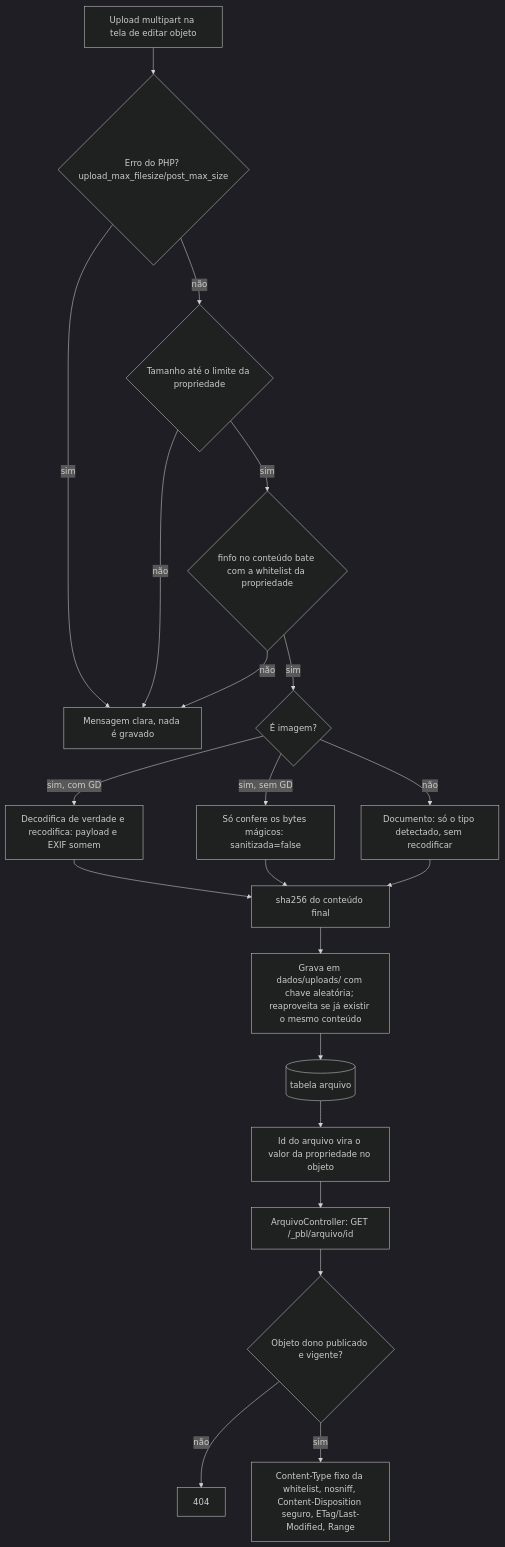
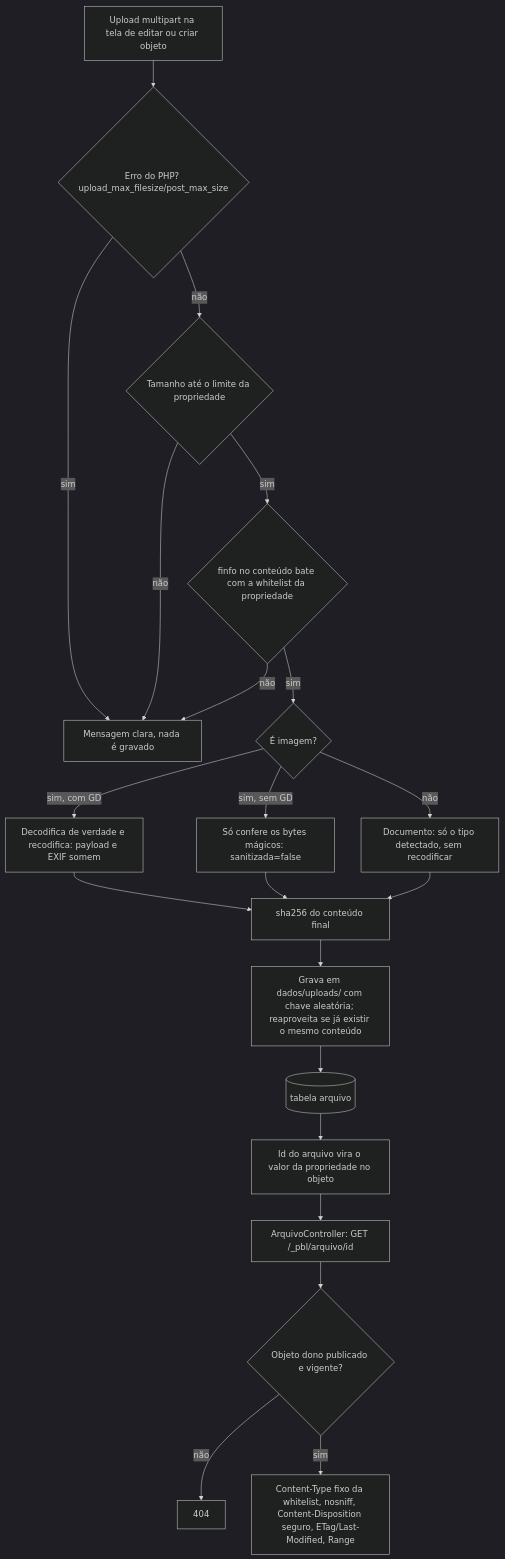
Before and after one commit to publicare/publicare4: the diagram in docs/fluxos/07-upload-blobs.md, drawn with Mermaid (dark theme). The commit also changed other lines of this file and 8 other files, not shown here.

````diff
--- a/docs/fluxos/07-upload-blobs.md
+++ b/docs/fluxos/07-upload-blobs.md
@@ -18,23 +18,23 @@
 ```mermaid
 flowchart TD
-    UP[Upload multipart na tela de editar objeto] --> ERR{Erro do PHP? upload_max_filesize/post_max_size}
+    UP[Upload multipart na tela de editar ou criar objeto] --> ERR{Erro do PHP? upload_max_filesize/post_max_size}
     ERR -- sim --> RJ1[Mensagem clara, nada é gravado]
     ERR -- não --> TAM{Tamanho até o limite da propriedade}
     TAM -- não --> RJ1
     TAM -- sim --> FI{finfo no conteúdo bate com a whitelist da propriedade}
     FI -- não --> RJ1
     FI -- sim --> IMG{É imagem?}
     IMG -- sim, com GD --> GD[Decodifica de verdade e recodifica: payload e EXIF somem]
     IMG -- sim, sem GD --> HDR[Só confere os bytes mágicos: sanitizada=false]
     IMG -- não --> DOC[Documento: só o tipo detectado, sem recodificar]
     GD --> SHA
     HDR --> SHA
     DOC --> SHA[sha256 do conteúdo final]
     SHA --> ST[Grava em dados/uploads/ com chave aleatória; reaproveita se já existir o mesmo conteúdo]
     ST --> DB[(tabela arquivo)]
     DB --> OBJ[Id do arquivo vira o valor da propriedade no objeto]
     OBJ --> SV[ArquivoController: GET /_pbl/arquivo/id]
     SV --> VIS{Objeto dono publicado e vigente?}
     VIS -- não --> N404[404]
     VIS -- sim --> HD[Content-Type fixo da whitelist, nosniff, Content-Disposition seguro, ETag/Last-Modified, Range]
 ```
````
